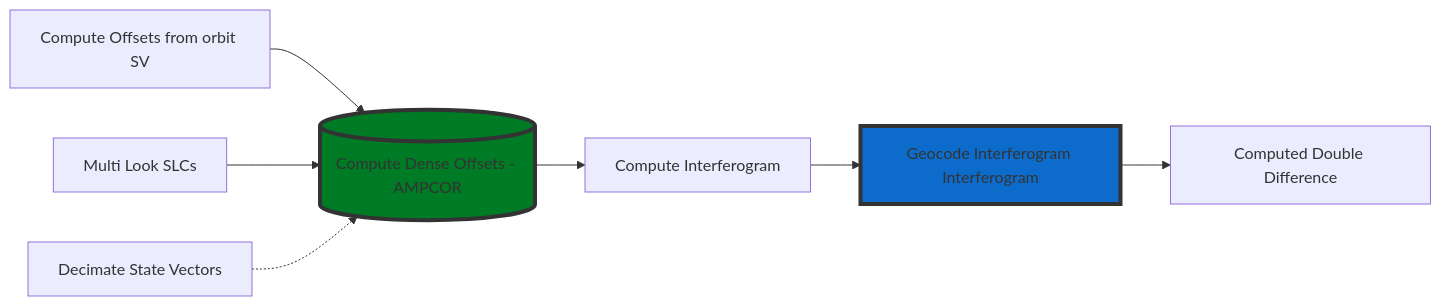
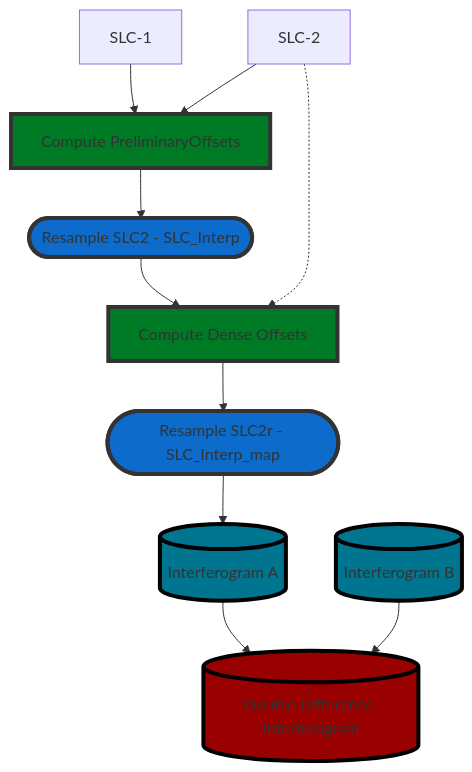
Before and after one commit to eciraci/rcm_insar_proc: the diagram in README.md, drawn with Mermaid.

Commit message:
03/01/2023 - README.md - Updated - Gamma InSAR Workflow shown as Mermaid Flowchart.

````diff
--- a/README.md
+++ b/README.md
@@ -30,12 +30,21 @@
 ```mermaid
-  graph LR;
-      A[Compute Offsets from orbit SV]-->D[(Compute Dense Offsets - AMPCOR)];
-      B[Multi Look SLCs]-->D;
-      C[Decimate State Vectors]-.->D;
-      D-->E[Compute Interferogram];
-      E-->F[Geocode Interferogram Interferogram];
-      F-->G[Computed Double Difference];
-      style D fill:#007b25,stroke:#333,stroke-width:4px
+  graph TB;
+      A[SLC-1]-->C[Preliminary Offsets];
+      B[SLC-2]-->C;
+      B-.->E
+      C[Compute PreliminaryOffsets]-->D;
+      D([Resample SLC2 - SLC_Interp])-->E;
+      E[Compute Dense Offsets]
+      E-->F([Resample SLC2r - SLC_Interp_map]);
+      F-->G[(Interferogram A)]-->I;
+      H[(Interferogram B)] -->I;
+      I[(Double Difference Interferogram)];
+      style C fill:#007b25,stroke:#333,stroke-width:4px
+      style D fill:#0d6ccb,stroke:#333,stroke-width:4px
+      style E fill:#007b25,stroke:#333,stroke-width:4px
       style F fill:#0d6ccb,stroke:#333,stroke-width:4px
+      style G fill:#00758f,stroke:#000000,stroke-width:4px
+      style H fill:#00758f,stroke:#000000,stroke-width:4px
+      style I fill:#990000,stroke:#000000,stroke-width:4px
 
 ```
````
